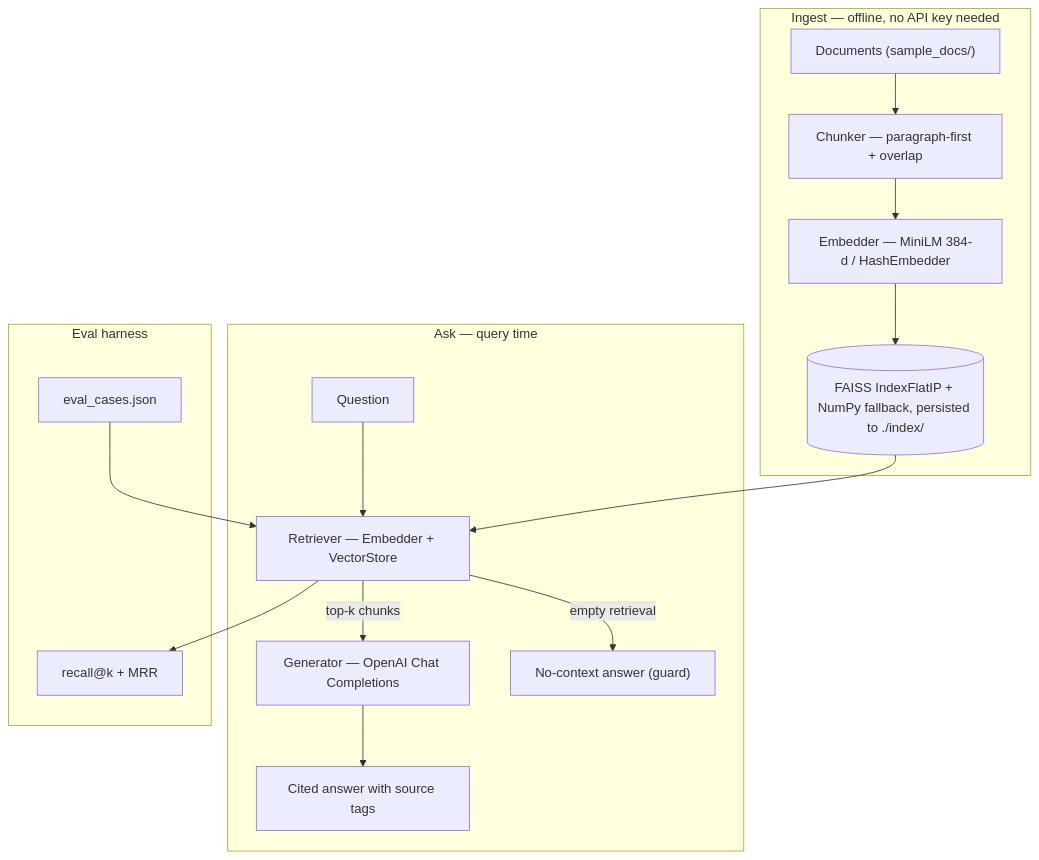
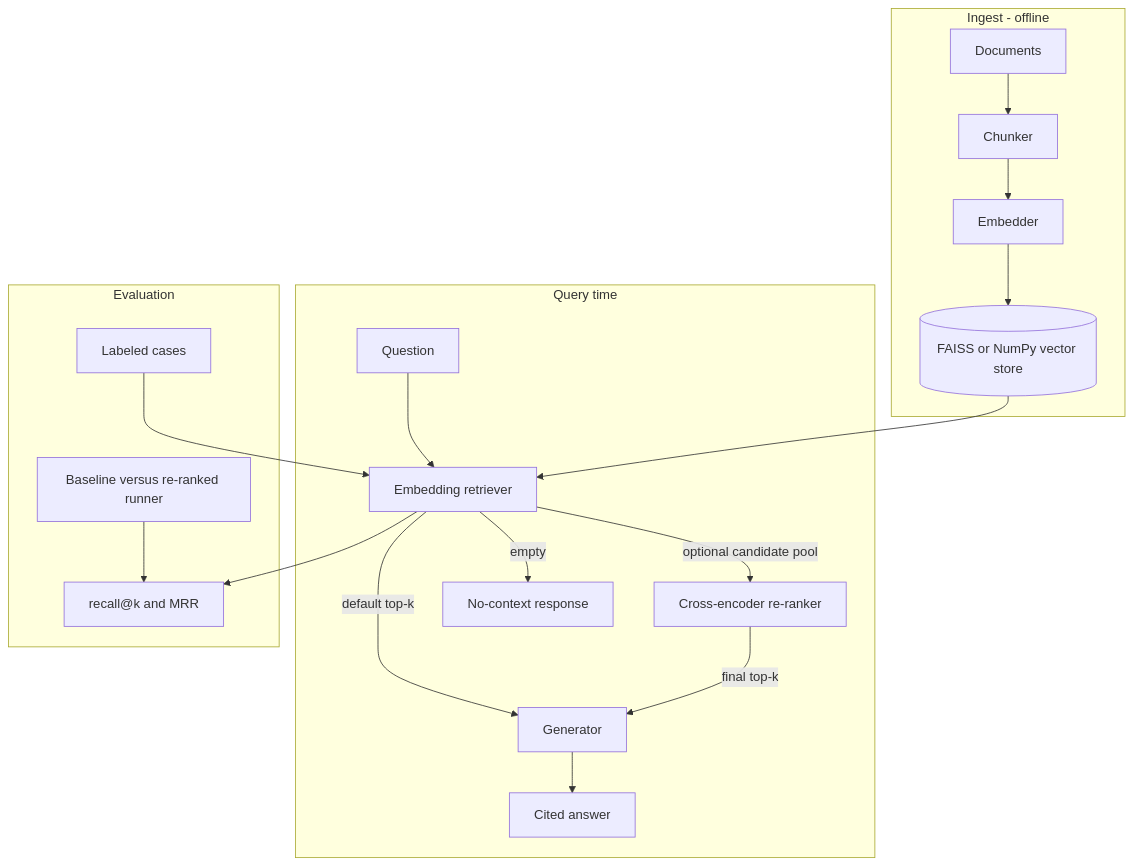
The diagram in ai_engineering/rag_assistant/README.md (lmdixon23/my_dev_projects), drawn with Mermaid before and after one commit. The commit also changed other lines of this file and 2 other files, not shown here.

````diff
--- a/ai_engineering/rag_assistant/README.md
+++ b/ai_engineering/rag_assistant/README.md
@@ -21,21 +36,24 @@
 ```mermaid
 flowchart TD
-    subgraph ingest["Ingest — offline, no API key needed"]
-        D["Documents (sample_docs/)"] --> C["Chunker — paragraph-first + overlap"]
-        C --> EM["Embedder — MiniLM 384-d / HashEmbedder"]
-        EM --> VS[("FAISS IndexFlatIP + NumPy fallback, persisted to ./index/")]
+    subgraph ingest["Ingest - offline"]
+        D["Documents"] --> C["Chunker"]
+        C --> E["Embedder"]
+        E --> V[("FAISS or NumPy vector store")]
     end
 
-    subgraph ask["Ask — query time"]
-        Q["Question"] --> RET["Retriever — Embedder + VectorStore"]
-        VS --> RET
-        RET -->|"top-k chunks"| GEN["Generator — OpenAI Chat Completions"]
-        RET -->|"empty retrieval"| NC["No-context answer (guard)"]
-        GEN --> ANS["Cited answer with source tags"]
+    subgraph query["Query time"]
+        Q["Question"] --> R["Embedding retriever"]
+        V --> R
+        R -->|"default top-k"| G["Generator"]
+        R -->|"optional candidate pool"| X["Cross-encoder re-ranker"]
+        X -->|"final top-k"| G
+        R -->|"empty"| N["No-context response"]
+        G --> A["Cited answer"]
     end
 
-    subgraph evalh["Eval harness"]
-        EC["eval_cases.json"] --> RET
-        RET --> MET["recall@k + MRR"]
+    subgraph evaluation["Evaluation"]
+        T["Labeled cases"] --> R
+        R --> M["recall@k and MRR"]
+        B["Baseline versus re-ranked runner"] --> M
     end
 ```
````
